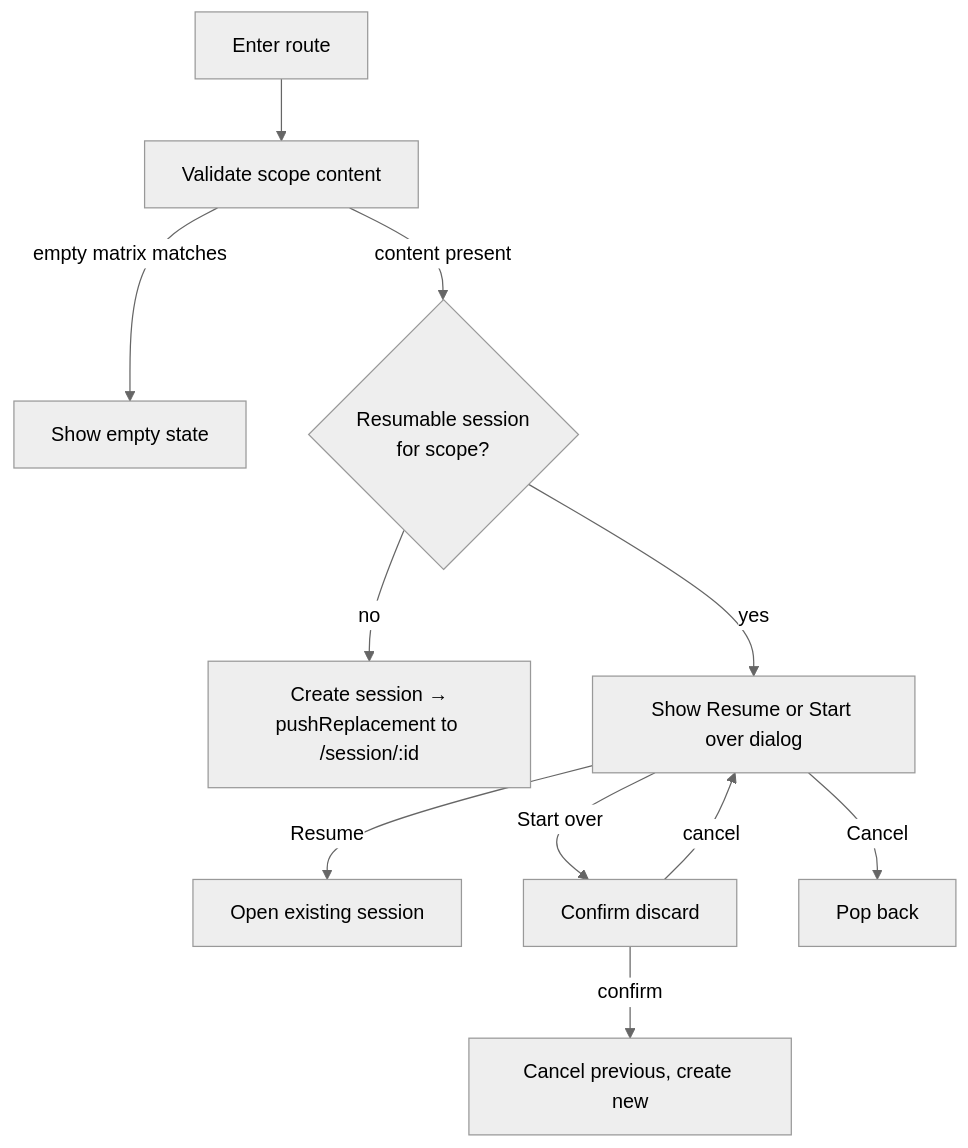
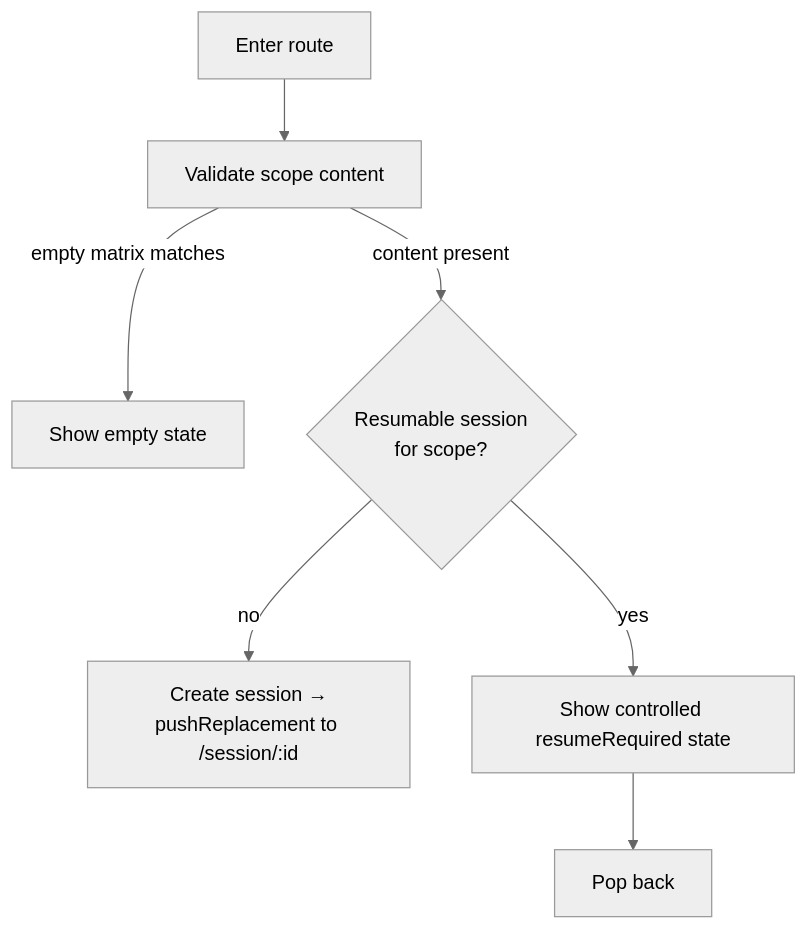
One commit to ntgptit/memox-v3 changed the diagram in docs/wireframes/12-study-entry-gate.md. Above: the diagram before and after it, drawn with Mermaid (neutral theme). The commit also changed other lines of this file and 13 other files, not shown here.

````diff
--- a/docs/wireframes/12-study-entry-gate.md
+++ b/docs/wireframes/12-study-entry-gate.md
@@ -30,13 +31,9 @@
 ```mermaid
 flowchart TD
     Open[Enter route] --> Validate[Validate scope content]
     Validate -->|empty matrix matches| Empty[Show empty state]
     Validate -->|content present| Check{Resumable session<br/>for scope?}
     Check -->|no| Create[Create session →<br/>pushReplacement to /session/:id]
-    Check -->|yes| Dialog[Show Resume or Start over dialog]
-    Dialog -->|Resume| Reuse[Open existing session]
-    Dialog -->|Start over| Confirm[Confirm discard]
-    Confirm -->|cancel| Dialog
-    Confirm -->|confirm| Cancel[Cancel previous, create new]
-    Dialog -->|Cancel| Back[Pop back]
+    Check -->|yes| ResumeReq[Show controlled resumeRequired state]
+    ResumeReq --> Back[Pop back]
 ```
````
